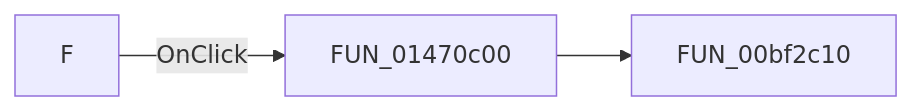
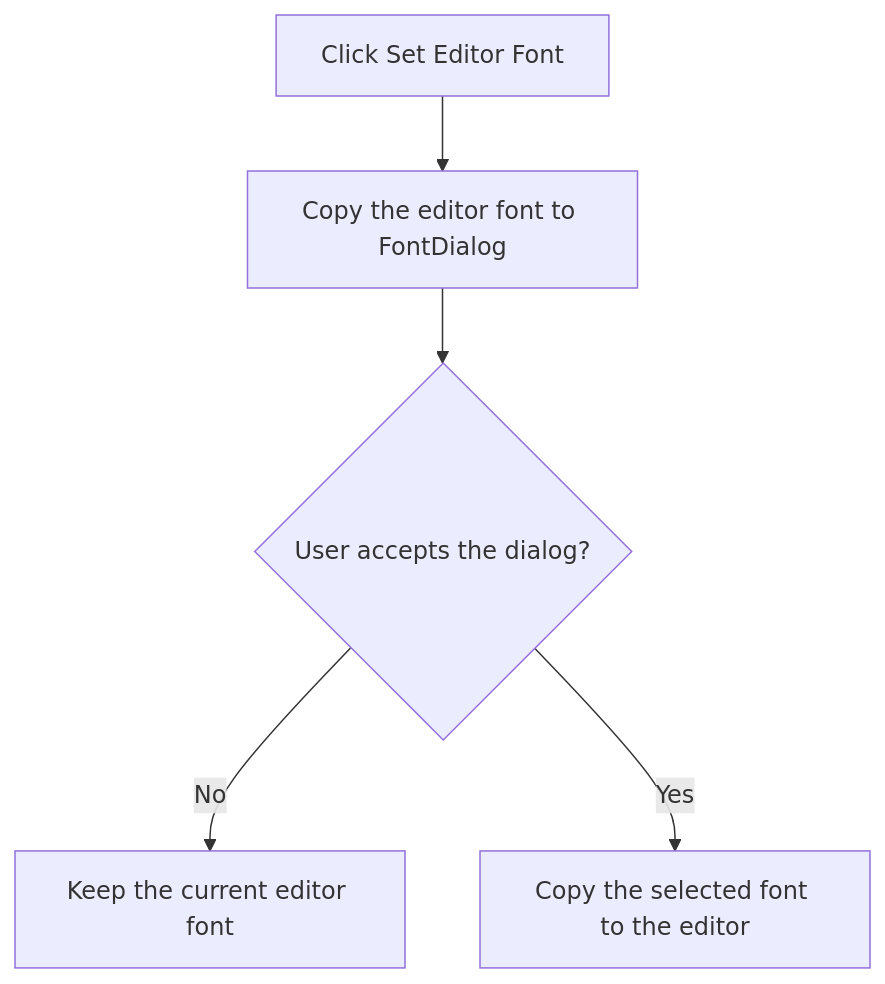
The diagram in docs/ui-controls/pymainform/sbsetfont-285a72bd74.md (MovGP0/TIARA), drawn with Mermaid before and after one commit. The commit also changed other lines of this file and 1062 other files, not shown here.

````diff
--- a/docs/ui-controls/pymainform/sbsetfont-285a72bd74.md
+++ b/docs/ui-controls/pymainform/sbsetfont-285a72bd74.md
@@ -27,5 +29,7 @@
 ```mermaid
-flowchart LR
-    control["F"] -->|OnClick| handler["FUN_01470c00"]
-    handler --> call1["FUN_00bf2c10"]
+flowchart TD
+    control["Click Set Editor Font"] --> seed["Copy the editor font to FontDialog"]
+    seed --> accepted{"User accepts the dialog?"}
+    accepted -->|No| noAction["Keep the current editor font"]
+    accepted -->|Yes| apply["Copy the selected font to the editor"]
 ```
````
